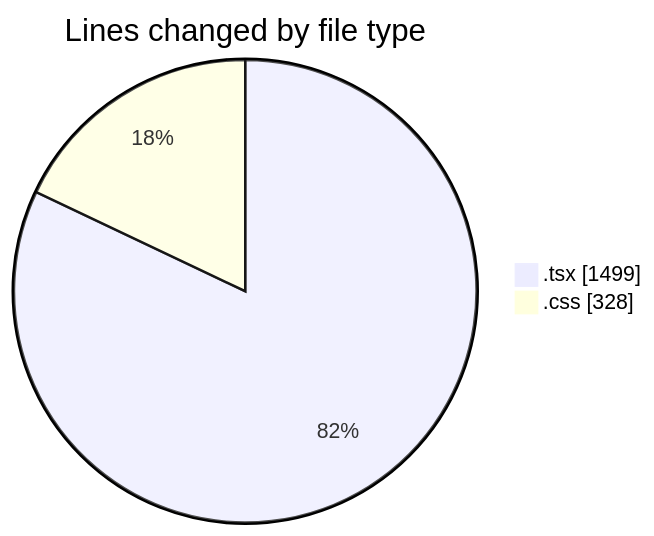
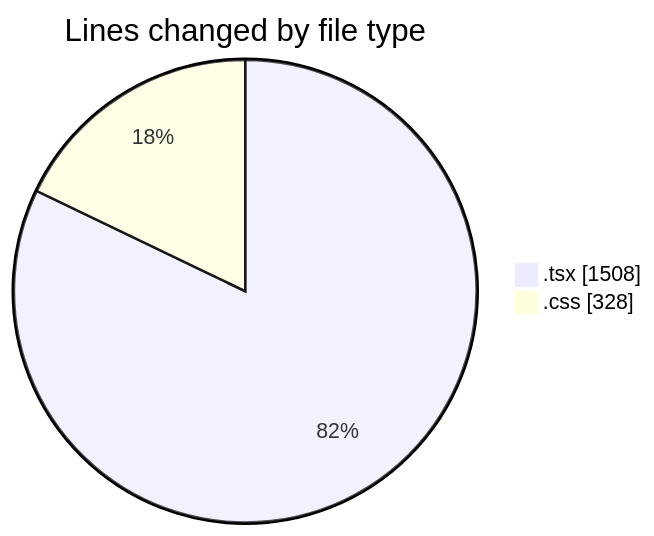
One commit to julien-gomy/code-tracking changed the first of 2 diagrams in 2025-10-10/eventscop-frontend-guide__workspace_/README.md. Above: the diagram before and after it, drawn with Mermaid. The commit also changed other lines of this file and 1 other file, not shown here.

````diff
--- a/2025-10-10/eventscop-frontend-guide__workspace_/README.md
+++ b/2025-10-10/eventscop-frontend-guide__workspace_/README.md
@@ -25,6 +25,6 @@
 ```mermaid
 pie showData
 title Lines changed by file type
-".tsx" : 1499
+".tsx" : 1508
 ".css" : 328
 ```
````
